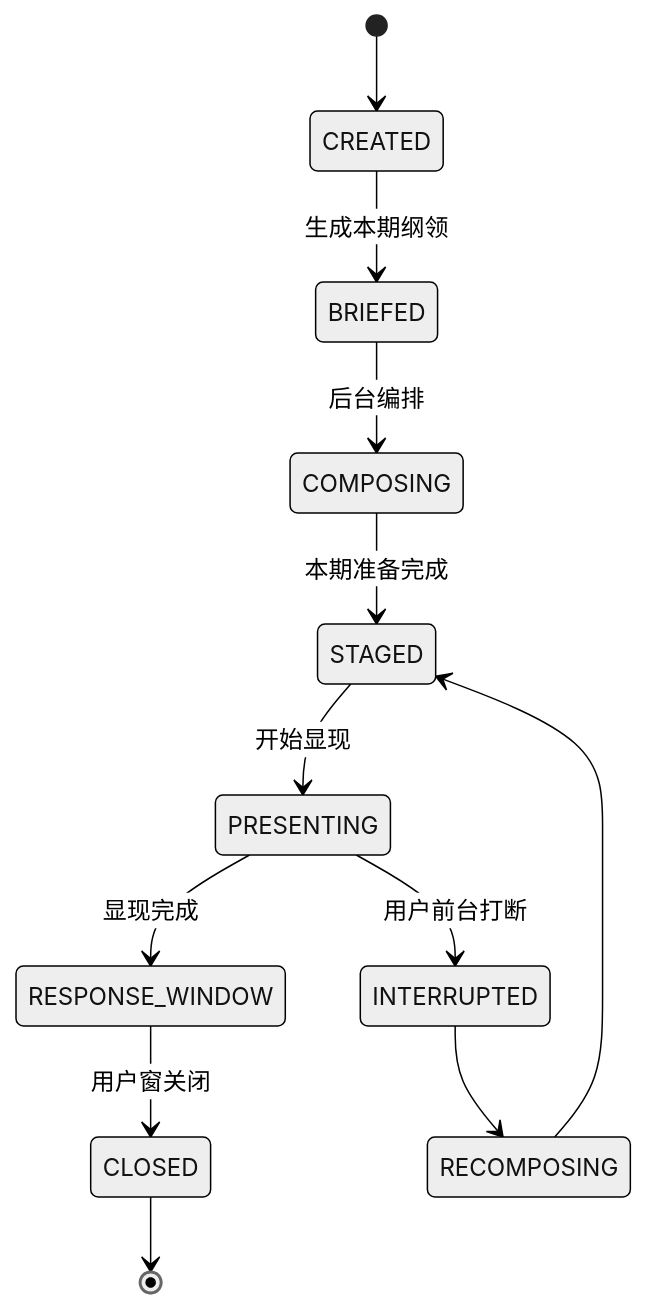
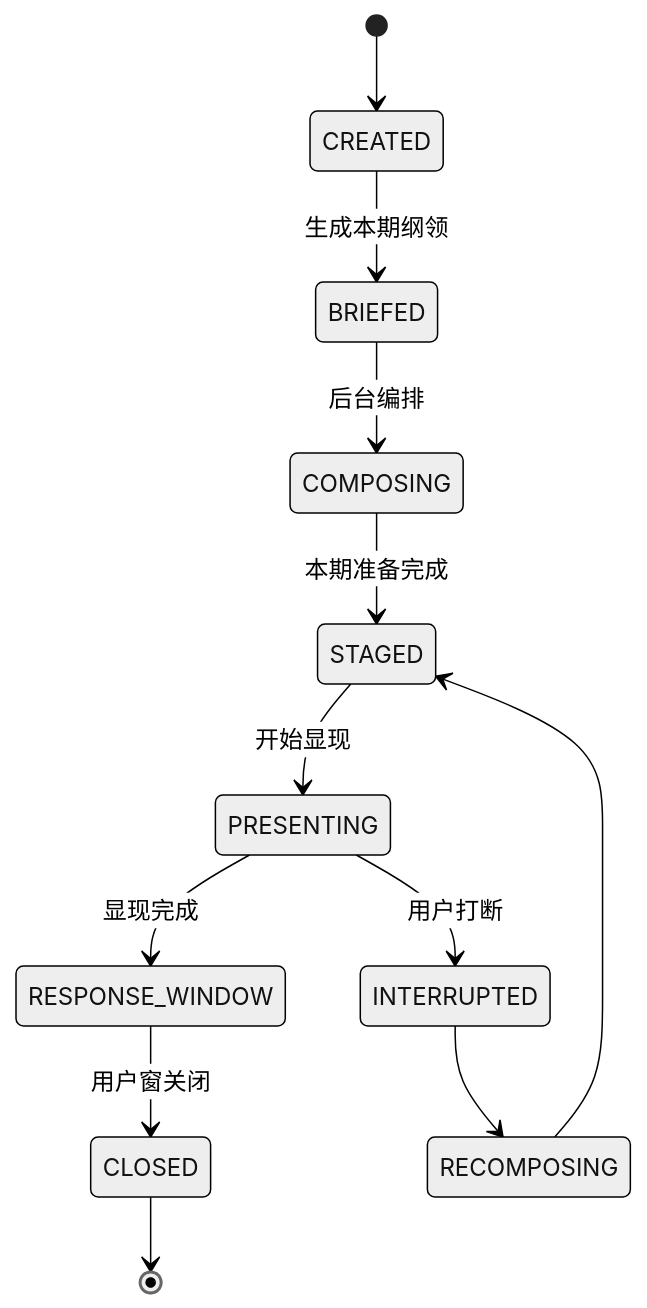
One commit to EarzuChan/ChatDrama changed the first of 2 diagrams in chat-drama-framework-design-idea/03_Phase_Beat_Transaction.md. Above: the diagram before and after it, drawn with Mermaid (neutral theme). The commit also changed other lines of this file and 24 other files, not shown here.

````diff
--- a/chat-drama-framework-design-idea/03_Phase_Beat_Transaction.md
+++ b/chat-drama-framework-design-idea/03_Phase_Beat_Transaction.md
@@ -27,15 +27,15 @@
 ```mermaid
 stateDiagram-v2
   [*] --> CREATED
   CREATED --> BRIEFED: 生成本期纲领
   BRIEFED --> COMPOSING: 后台编排
   COMPOSING --> STAGED: 本期准备完成
   STAGED --> PRESENTING: 开始显现
   PRESENTING --> RESPONSE_WINDOW: 显现完成
   RESPONSE_WINDOW --> CLOSED: 用户窗关闭
   CLOSED --> [*]
 
-  PRESENTING --> INTERRUPTED: 用户前台打断
+  PRESENTING --> INTERRUPTED: 用户打断
   INTERRUPTED --> RECOMPOSING
   RECOMPOSING --> STAGED
 ```
````
